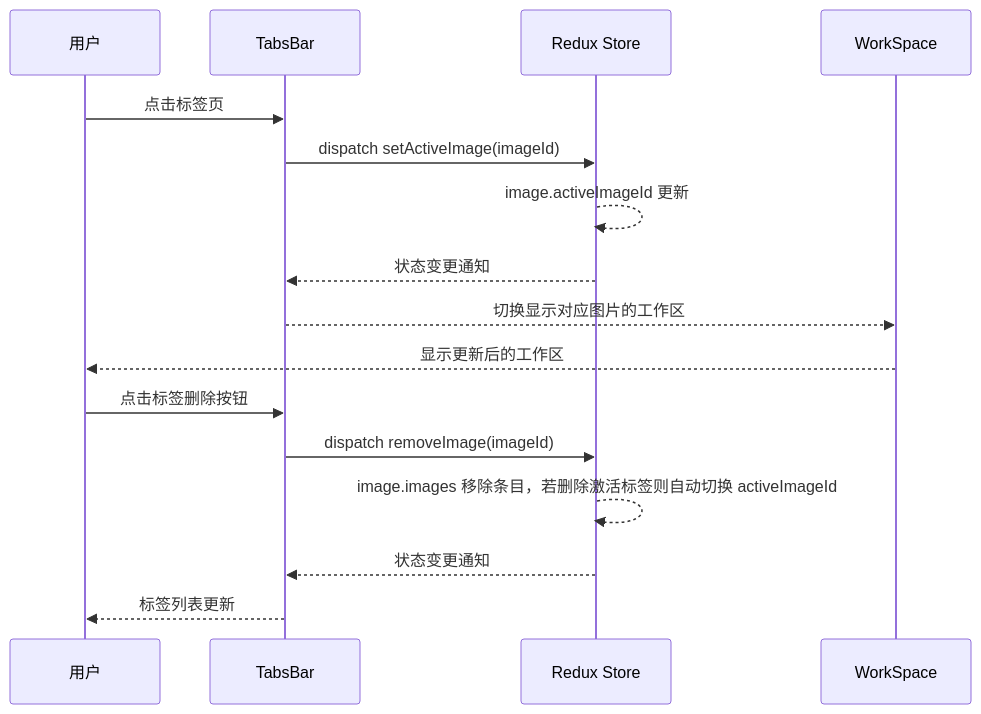
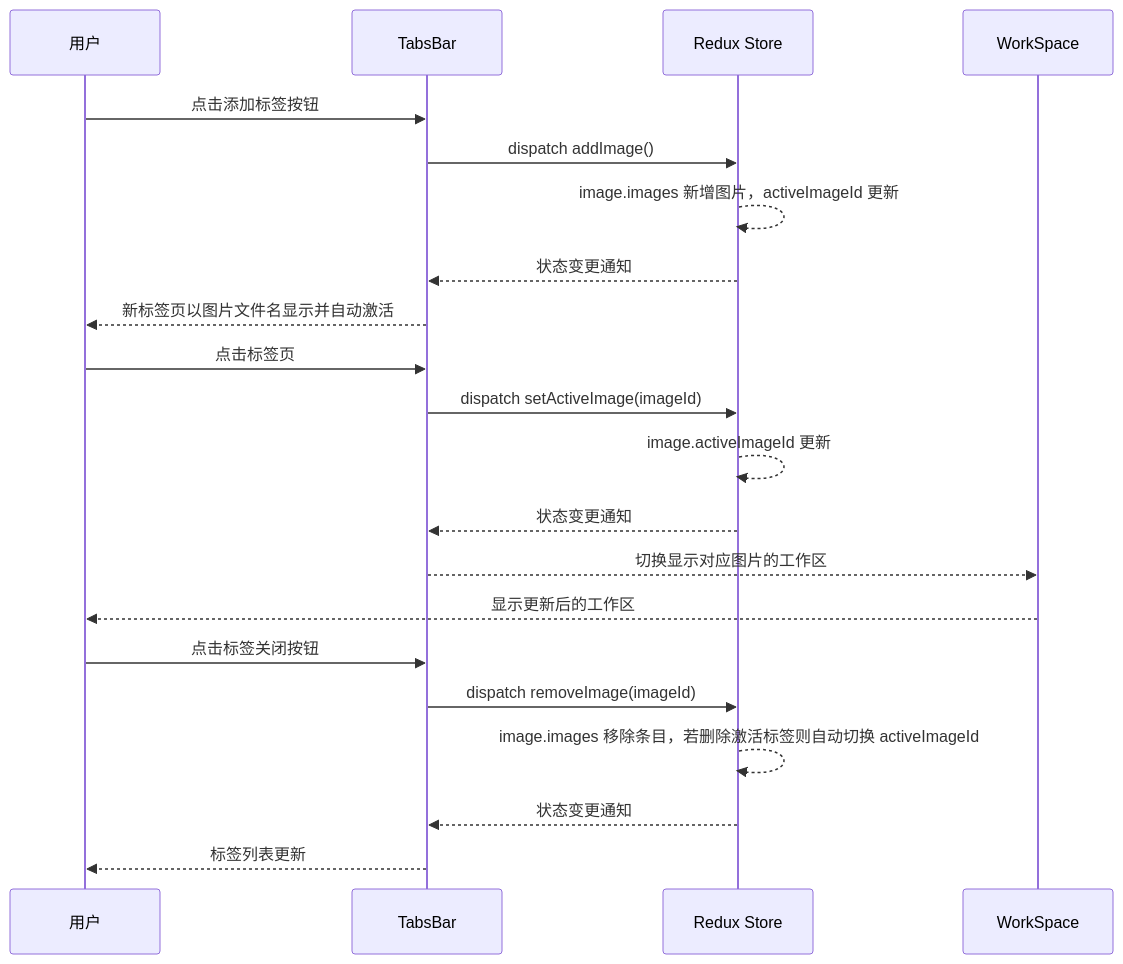
The tenth of 11 diagrams in doc/技术设计/03-表现层设计.md (kampfer/trae-image-marker), drawn with Mermaid before and after one commit. The commit also changed other lines of this file and 3 other files, not shown here.

````diff
--- a/doc/技术设计/03-表现层设计.md
+++ b/doc/技术设计/03-表现层设计.md
@@ -585,20 +529,26 @@
 ```mermaid
 sequenceDiagram
     participant User as 用户
     participant TabsBar as TabsBar
     participant Redux as Redux Store
     participant WorkSpace as WorkSpace
+
+    User->>TabsBar: 点击添加标签按钮
+    TabsBar->>Redux: dispatch addImage()
+    Redux-->>Redux: image.images 新增图片，activeImageId 更新
+    Redux-->>TabsBar: 状态变更通知
+    TabsBar-->>User: 新标签页以图片文件名显示并自动激活
 
     User->>TabsBar: 点击标签页
     TabsBar->>Redux: dispatch setActiveImage(imageId)
     Redux-->>Redux: image.activeImageId 更新
     Redux-->>TabsBar: 状态变更通知
     TabsBar-->>WorkSpace: 切换显示对应图片的工作区
     WorkSpace-->>User: 显示更新后的工作区
 
-    User->>TabsBar: 点击标签删除按钮
+    User->>TabsBar: 点击标签关闭按钮
     TabsBar->>Redux: dispatch removeImage(imageId)
     Redux-->>Redux: image.images 移除条目，若删除激活标签则自动切换 activeImageId
     Redux-->>TabsBar: 状态变更通知
     TabsBar-->>User: 标签列表更新
 ```
````
